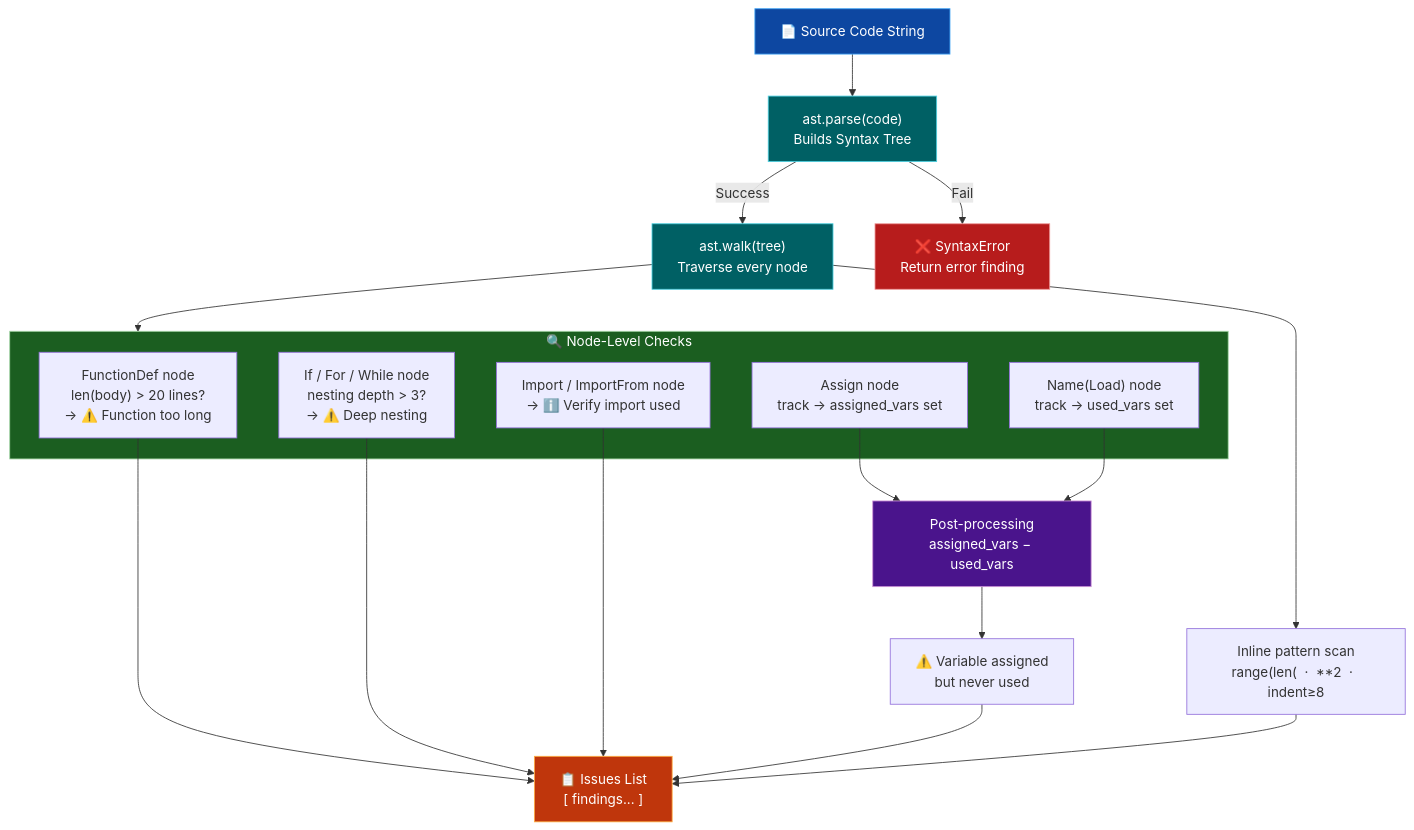
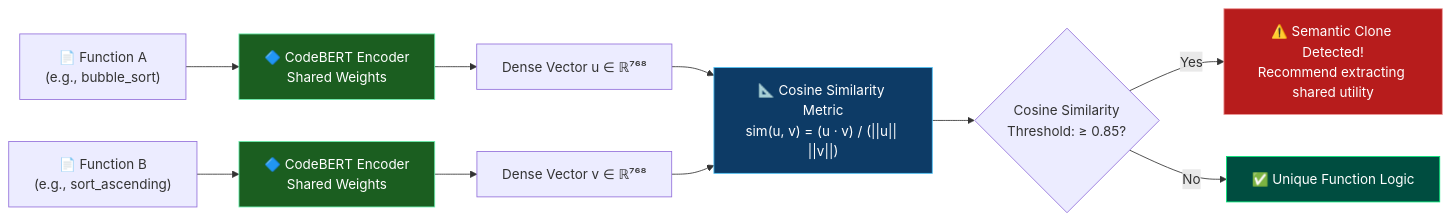
The second of 4 diagrams in README.md (wraith-klu/RigelAI), drawn with Mermaid before and after one commit. The commit also changed other lines of this file and 7 other files, not shown here.

Commit message:
Docs: comprehensive README overhaul with ML pipeline deep-dive, SOTA benchmark analysis, Colab training graphics, and MoS diagrams

````diff
--- a/README.md
+++ b/README.md
@@ -166,37 +215,20 @@
 ```mermaid
-flowchart TD
-    CODE["📄 Source Code String"]
-    PARSE["ast.parse(code)\nBuilds Syntax Tree"]
-    WALK["ast.walk(tree)\nTraverse every node"]
+flowchart LR
+    FUNC_A["📄 Function A\n(e.g., bubble_sort)"] --> CODEBERT_A["🔷 CodeBERT Encoder\nShared Weights"]
+    FUNC_B["📄 Function B\n(e.g., sort_ascending)"] --> CODEBERT_B["🔷 CodeBERT Encoder\nShared Weights"]
 
-    PARSE_ERR["❌ SyntaxError\nReturn error finding"]
+    CODEBERT_A --> VEC_A["Dense Vector u ∈ ℝ⁷⁶⁸"]
+    CODEBERT_B --> VEC_B["Dense Vector v ∈ ℝ⁷⁶⁸"]
 
-    subgraph CHECKS["🔍 Node-Level Checks"]
-        C1["FunctionDef node\nlen(body) > 20 lines?\n→ ⚠️ Function too long"]
-        C2["If / For / While node\nnesting depth > 3?\n→ ⚠️ Deep nesting"]
-        C3["Import / ImportFrom node\n→ ℹ️ Verify import used"]
-        C4["Assign node\ntrack → assigned_vars set"]
-        C5["Name(Load) node\ntrack → used_vars set"]
-    end
+    VEC_A & VEC_B --> COS["📐 Cosine Similarity Metric\nsim(u, v) = (u · v) / (||u|| ||v||)"]
+    COS --> DECISION{"Cosine Similarity\nThreshold: ≥ 0.85?"}
 
-    POST["Post-processing\nassigned_vars − used_vars"]
-    UNUSED["⚠️ Variable assigned\nbut never used"]
-    INLINE["Inline pattern scan\nrange(len(  ·  **2  ·  indent≥8"]
-    RESULT["📋 Issues List\n[ findings... ]"]
+    DECISION -->|Yes| CLONE["⚠️ Semantic Clone Detected!\nRecommend extracting shared utility"]
+    DECISION -->|No| UNIQUE["✅ Unique Function Logic"]
 
-    CODE --> PARSE
-    PARSE -->|"Success"| WALK
-    PARSE -->|"Fail"| PARSE_ERR
-    WALK --> CHECKS
-    C4 & C5 --> POST --> UNUSED
-    WALK --> INLINE
-    C1 & C2 & C3 & UNUSED & INLINE --> RESULT
-
-    style CODE fill:#0d47a1,color:#fff,stroke:#42a5f5
-    style PARSE fill:#006064,color:#fff,stroke:#4dd0e1
-    style WALK fill:#006064,color:#fff,stroke:#4dd0e1
-    style CHECKS fill:#1b5e20,color:#fff,stroke:#a5d6a7
-    style POST fill:#4a148c,color:#fff,stroke:#ce93d8
-    style RESULT fill:#bf360c,color:#fff,stroke:#ffab40
-    style PARSE_ERR fill:#b71c1c,color:#fff,stroke:#ef9a9a
+    style CODEBERT_A fill:#1b5e20,color:#fff,stroke:#69f0ae
+    style CODEBERT_B fill:#1b5e20,color:#fff,stroke:#69f0ae
+    style COS fill:#0d3b66,color:#fff,stroke:#4fc3f7
+    style CLONE fill:#b71c1c,color:#fff,stroke:#ef9a9a
+    style UNIQUE fill:#004d40,color:#fff,stroke:#00e676
 ```
````
